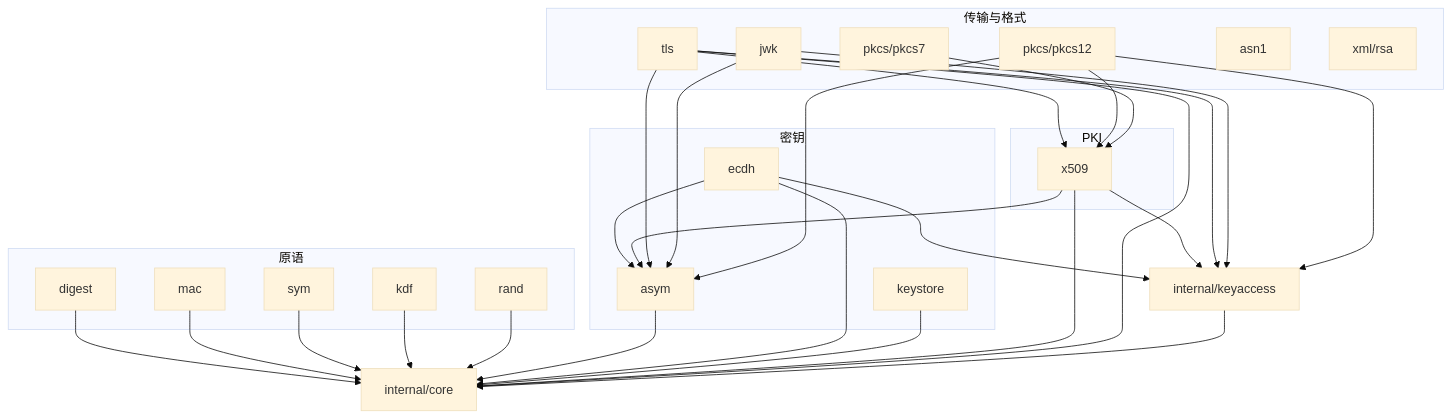
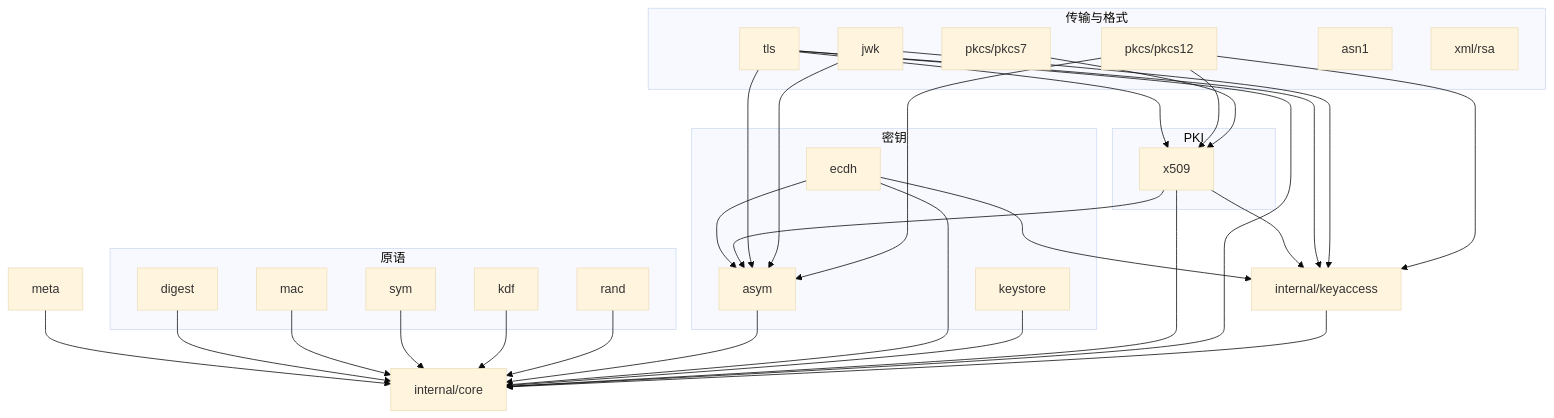
One commit to blue-cloud-net/tongsuo-go changed the diagram in docs/refactor-roadmap.md. Above: the diagram before and after it, drawn with Mermaid (base theme). The commit also changed other lines of this file and 10 other files, not shown here.

````diff
--- a/docs/refactor-roadmap.md
+++ b/docs/refactor-roadmap.md
@@ -104,53 +104,54 @@
 ```mermaid
 graph TD
   subgraph 原语
     digest
     mac
     sym
     kdf
     rand
   end
   subgraph 密钥
     asym
     ecdh
     keystore
   end
   subgraph PKI
     x509
   end
   subgraph 传输与格式
     tls
     jwk
     ocsp7["pkcs/pkcs7"]
     ocsp12["pkcs/pkcs12"]
     asn1
     xmlrsa["xml/rsa"]
   end
   core["internal/core"]
   keyaccess["internal/keyaccess"]
 
+  meta --> core
   digest --> core
   mac --> core
   sym --> core
   kdf --> core
   rand --> core
   asym --> core
   ecdh --> core
   ecdh --> asym
   keystore --> core
   x509 --> core
   x509 --> asym
   tls --> x509
   tls --> asym
   tls --> core
   jwk --> asym
   ocsp12 --> x509
   ocsp12 --> asym
   ocsp7 --> x509
   ecdh --> keyaccess
   x509 --> keyaccess
   tls --> keyaccess
   jwk --> keyaccess
   ocsp12 --> keyaccess
   keyaccess --> core
 ```
````
